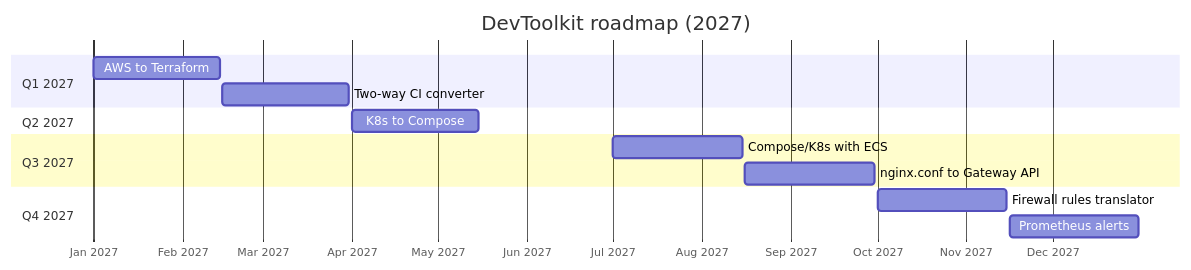
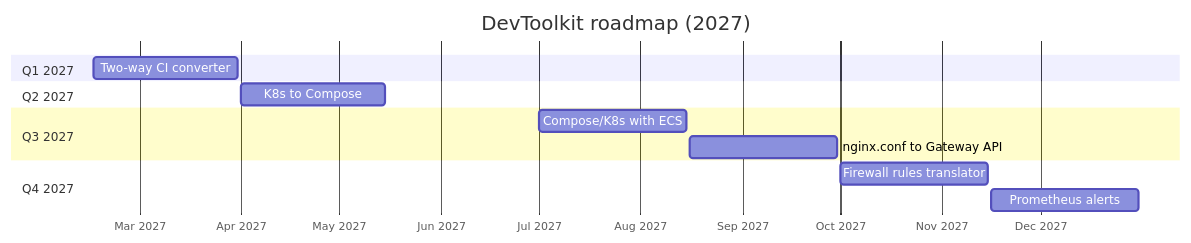
Before and after one commit to zainsohail88/devtoolkit: the diagram in docs/roadmap.md, drawn with Mermaid. The commit also changed other lines of this file and 121 other files, not shown here.

First line of the commit message:
Add CloudFormation, SAM and CDK to Terraform converter (#32)

````diff
--- a/docs/roadmap.md
+++ b/docs/roadmap.md
@@ -9,21 +9,20 @@
 ```mermaid
 gantt
     title DevToolkit roadmap (2027)
     dateFormat YYYY-MM-DD
     axisFormat %b %Y
 
     section Q1 2027
-    AWS to Terraform                 :t1, 2027-01-01, 2027-02-14
-    Two-way CI converter             :t2, 2027-02-15, 2027-03-31
+    Two-way CI converter             :t1, 2027-02-15, 2027-03-31
 
     section Q2 2027
-    K8s to Compose                   :t3, 2027-04-01, 2027-05-15
+    K8s to Compose                   :t2, 2027-04-01, 2027-05-15
 
     section Q3 2027
-    Compose/K8s with ECS             :t4, 2027-07-01, 2027-08-15
-    nginx.conf to Gateway API        :t5, 2027-08-16, 2027-09-30
+    Compose/K8s with ECS             :t3, 2027-07-01, 2027-08-15
+    nginx.conf to Gateway API        :t4, 2027-08-16, 2027-09-30
 
     section Q4 2027
-    Firewall rules translator        :t6, 2027-10-01, 2027-11-15
-    Prometheus alerts                :t7, 2027-11-16, 2027-12-31
+    Firewall rules translator        :t5, 2027-10-01, 2027-11-15
+    Prometheus alerts                :t6, 2027-11-16, 2027-12-31
 ```
````
